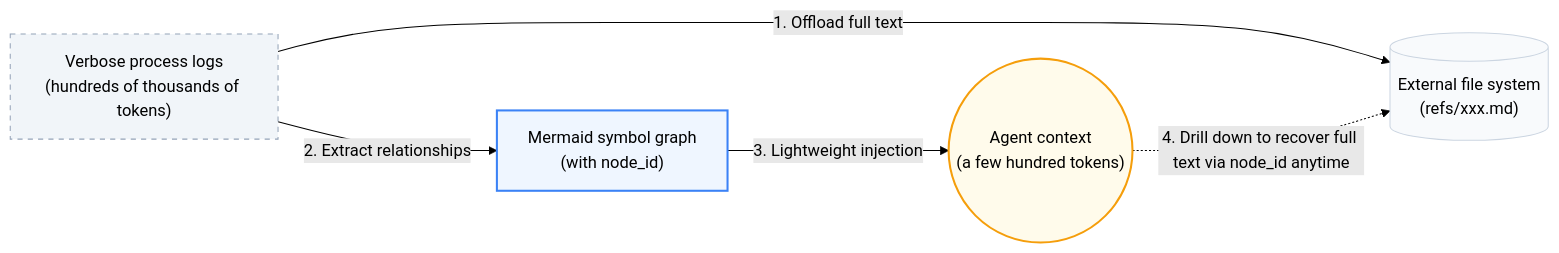
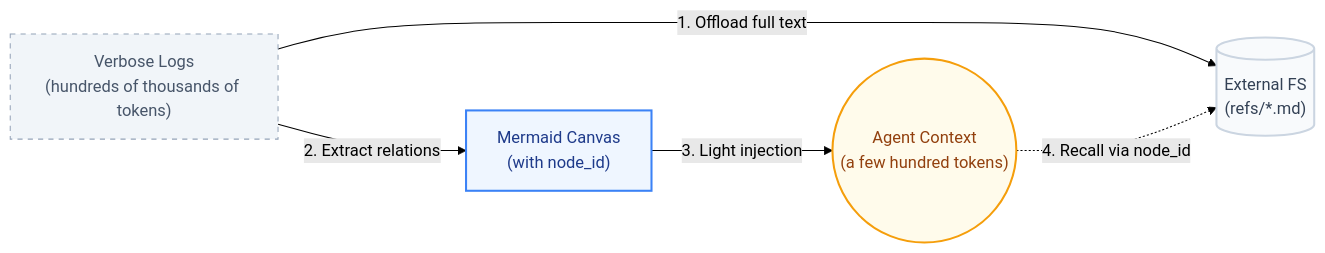
The diagram in README.md (LIGMinN/TencentDB-Agent-Memory), drawn with Mermaid (forest theme) before and after one commit. The commit also changed other lines of this file and 8 other files, not shown here.

````diff
--- a/README.md
+++ b/README.md
@@ -95,13 +93,13 @@
 ```mermaid
 graph LR
-    Log["Verbose process logs<br/>(hundreds of thousands of tokens)"] -->|"1. Offload full text"| FS[("External file system<br/>(refs/xxx.md)")]
-    Log -->|"2. Extract relationships"| MMD["Mermaid symbol graph<br/>(with node_id)"]
+    Log["Verbose Logs<br/>(hundreds of thousands of tokens)"] -->|"1. Offload full text"| FS[("External FS<br/>(refs/*.md)")]
+    Log -->|"2. Extract relations"| MMD["Mermaid Canvas<br/>(with node_id)"]
     
-    MMD -->|"3. Lightweight injection"| Agent(("Agent context<br/>(a few hundred tokens)"))
-    Agent -. "4. Drill down to recover full text via node_id anytime" .-> FS
+    MMD -->|"3. Light injection"| Agent(("Agent Context<br/>(a few hundred tokens)"))
+    Agent -. "4. Recall via node_id" .-> FS
     
-    style Log fill:#f1f5f9,stroke:#94a3b8,stroke-dasharray: 5 5
-    style FS fill:#f8fafc,stroke:#cbd5e1
-    style MMD fill:#eff6ff,stroke:#3b82f6,stroke-width:2px
-    style Agent fill:#fffbeb,stroke:#f59e0b,stroke-width:2px
+    style Log fill:#f1f5f9,stroke:#94a3b8,stroke-dasharray: 5 5,color:#475569
+    style FS fill:#f8fafc,stroke:#cbd5e1,stroke-width:2px,color:#334155
+    style MMD fill:#eff6ff,stroke:#3b82f6,stroke-width:2px,color:#1e3a8a
+    style Agent fill:#fffbeb,stroke:#f59e0b,stroke-width:2px,color:#92400e
 ```
````
